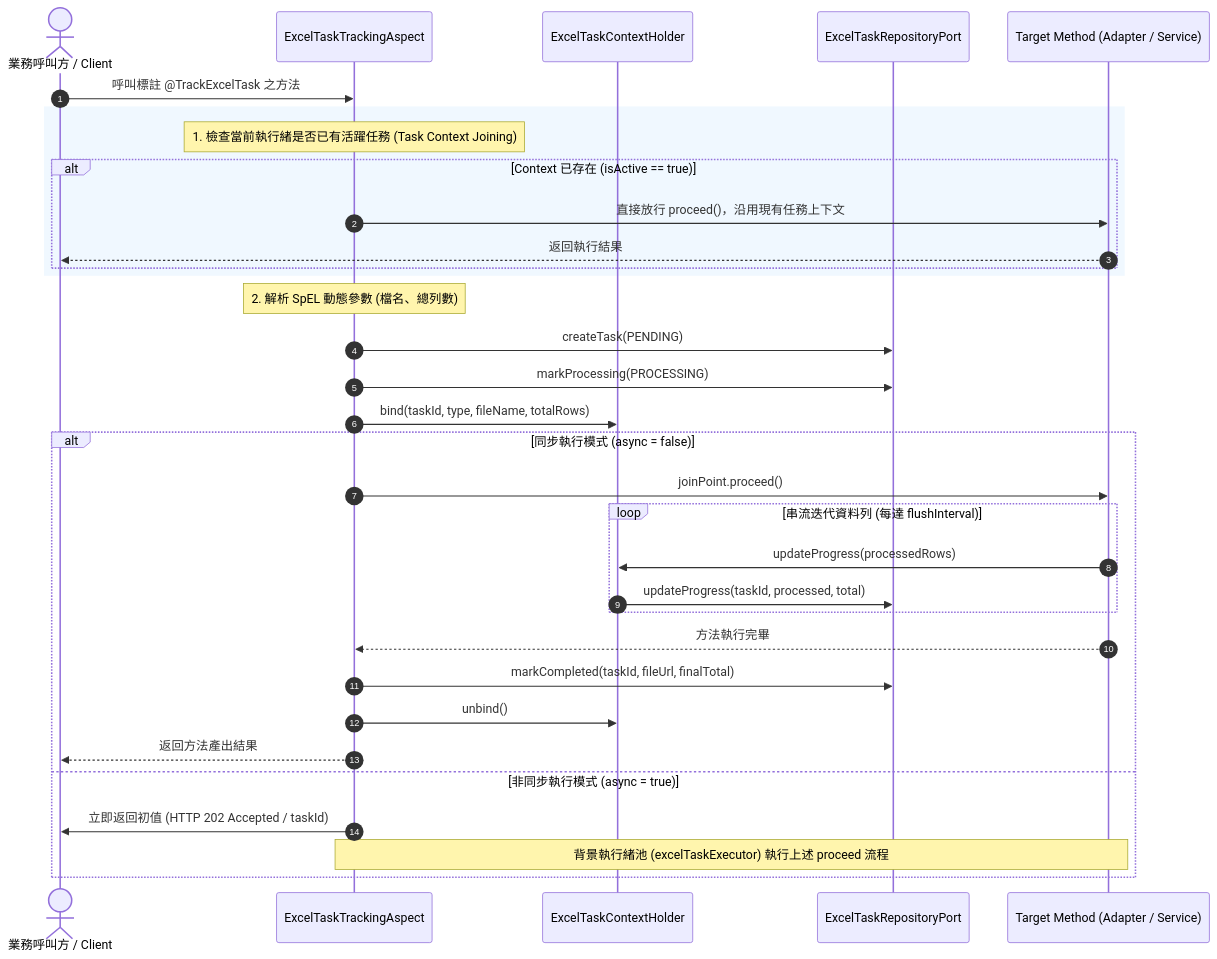
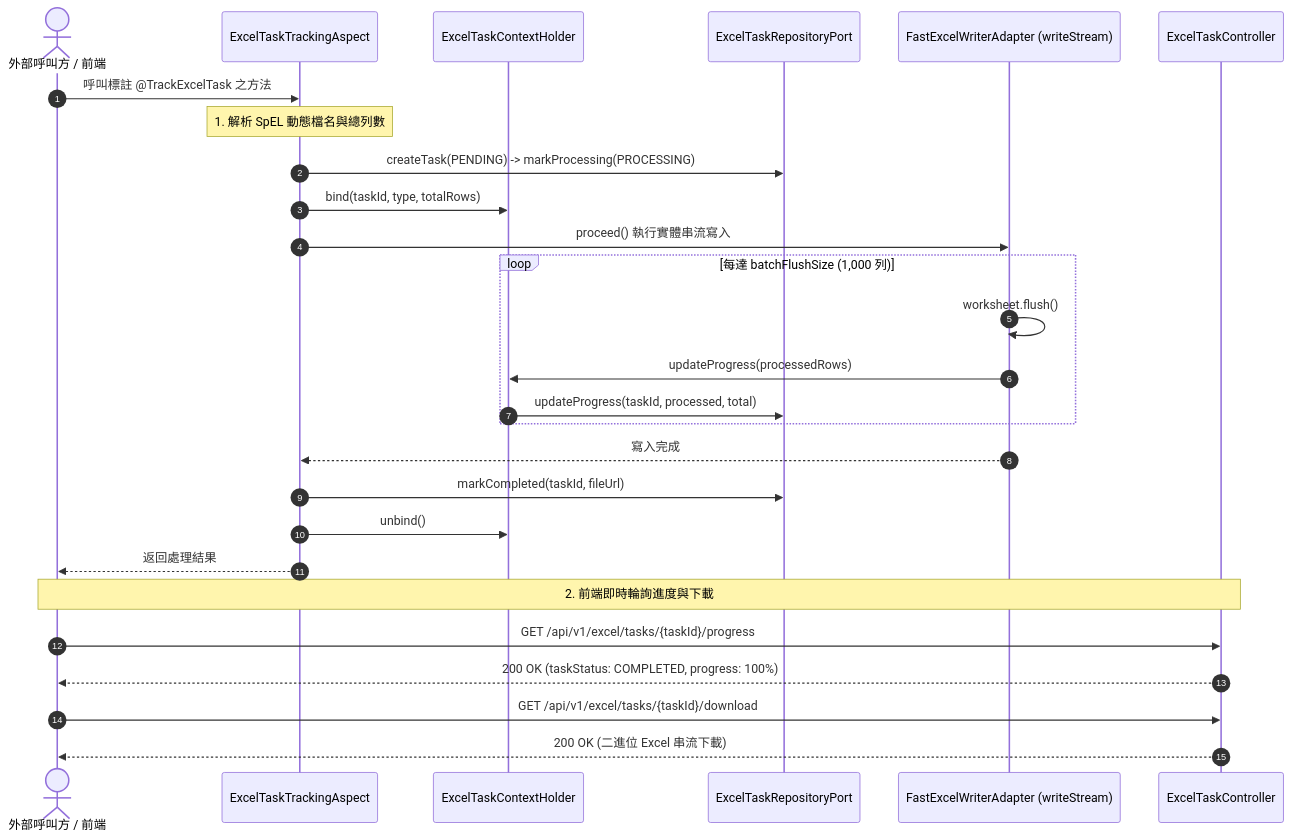
One commit to nick54785478/excel-module changed the second of 2 diagrams in doc/design/annotation-driven-task-tracking.md. Above: the diagram before and after it, drawn with Mermaid. The commit also changed other lines of this file and 93 other files, not shown here.

First line of the commit message:
feat(report): implement advanced Excel template styles, dynamic formulas, sheet protection and multi-level BOM cost analysis API

````diff
--- a/doc/design/annotation-driven-task-tracking.md
+++ b/doc/design/annotation-driven-task-tracking.md
@@ -147,39 +106,33 @@
 ```mermaid
 sequenceDiagram
     autonumber
-    actor Caller as 業務呼叫方 / Client
+    actor Client as 外部呼叫方 / 前端
     participant Aspect as ExcelTaskTrackingAspect
     participant Context as ExcelTaskContextHolder
     participant Repo as ExcelTaskRepositoryPort
-    participant Target as Target Method (Adapter / Service)
+    participant Writer as FastExcelWriterAdapter (writeStream)
+    participant Ctrl as ExcelTaskController
 
-    Caller->>Aspect: 呼叫標註 @TrackExcelTask 之方法
+    Client->>Aspect: 呼叫標註 @TrackExcelTask 之方法
+    Note over Aspect: 1. 解析 SpEL 動態檔名與總列數
+    Aspect->>Repo: createTask(PENDING) -> markProcessing(PROCESSING)
+    Aspect->>Context: bind(taskId, type, totalRows)
     
-    rect rgb(240, 248, 255)
-        Note over Aspect: 1. 檢查當前執行緒是否已有活躍任務 (Task Context Joining)
-        alt Context 已存在 (isActive == true)
-            Aspect->>Target: 直接放行 proceed()，沿用現有任務上下文
-            Target-->>Caller: 返回執行結果
-        end
+    Aspect->>Writer: proceed() 執行實體串流寫入
+    loop 每達 batchFlushSize (1,000 列)
+        Writer->>Writer: worksheet.flush()
+        Writer->>Context: updateProgress(processedRows)
+        Context->>Repo: updateProgress(taskId, processed, total)
     end
+    Writer-->>Aspect: 寫入完成
 
-    Note over Aspect: 2. 解析 SpEL 動態參數 (檔名、總列數)
-    Aspect->>Repo: createTask(PENDING)
-    Aspect->>Repo: markProcessing(PROCESSING)
-    Aspect->>Context: bind(taskId, type, fileName, totalRows)
+    Aspect->>Repo: markCompleted(taskId, fileUrl)
+    Aspect->>Context: unbind()
+    Aspect-->>Client: 返回處理結果
 
-    alt 同步執行模式 (async = false)
-        Aspect->>Target: joinPoint.proceed()
-        loop 串流迭代資料列 (每達 flushInterval)
-            Target->>Context: updateProgress(processedRows)
-            Context->>Repo: updateProgress(taskId, processed, total)
-        end
-        Target-->>Aspect: 方法執行完畢
-        Aspect->>Repo: markCompleted(taskId, fileUrl, finalTotal)
-        Aspect->>Context: unbind()
-        Aspect-->>Caller: 返回方法產出結果
-    else 非同步執行模式 (async = true)
-        Aspect->>Caller: 立即返回初值 (HTTP 202 Accepted / taskId)
-        Note over Aspect, Target: 背景執行緒池 (excelTaskExecutor) 執行上述 proceed 流程
-    end
+    Note over Client,Ctrl: 2. 前端即時輪詢進度與下載
+    Client->>Ctrl: GET /api/v1/excel/tasks/{taskId}/progress
+    Ctrl-->>Client: 200 OK (taskStatus: COMPLETED, progress: 100%)
+    Client->>Ctrl: GET /api/v1/excel/tasks/{taskId}/download
+    Ctrl-->>Client: 200 OK (二進位 Excel 串流下載)
 ```
````
